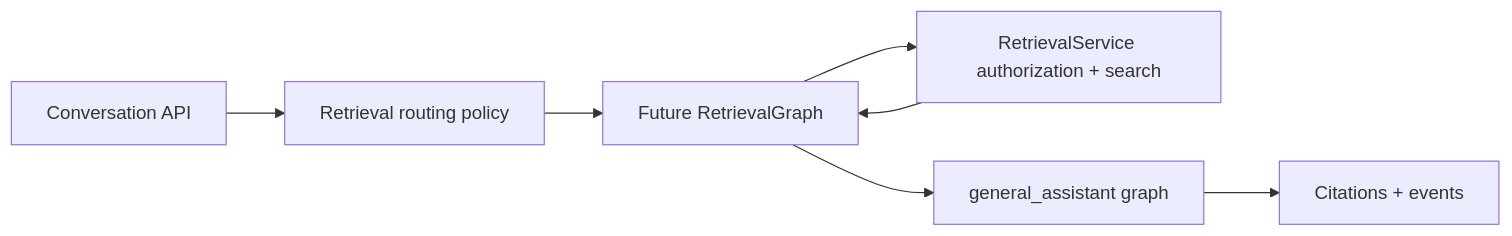
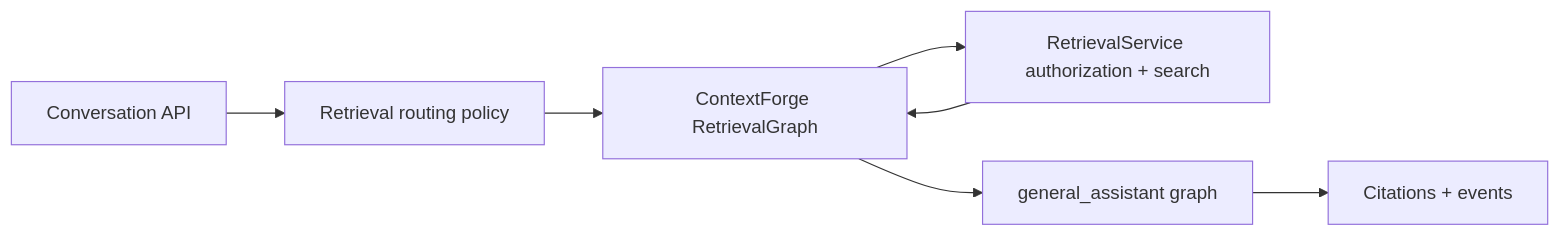
The third of 3 diagrams in docs/product-chat-service/en/06-permission-aware-rag.md (heecheon92/my-agents), drawn with Mermaid before and after one commit. The commit also changed other lines of this file and 30 other files, not shown here.

First line of the commit message:
Preserve graph memory audit boundaries

````diff
--- a/docs/product-chat-service/en/06-permission-aware-rag.md
+++ b/docs/product-chat-service/en/06-permission-aware-rag.md
@@ -131,9 +140,9 @@
 ```mermaid
 flowchart LR
     API[Conversation API] --> Router[Retrieval routing policy]
-    Router --> RG[Future RetrievalGraph]
+    Router --> RG[ContextForge RetrievalGraph]
     RG --> RS[RetrievalService authorization + search]
     RS --> RG
     RG --> GA[general_assistant graph]
     GA --> Events[Citations + events]
 ```
````
